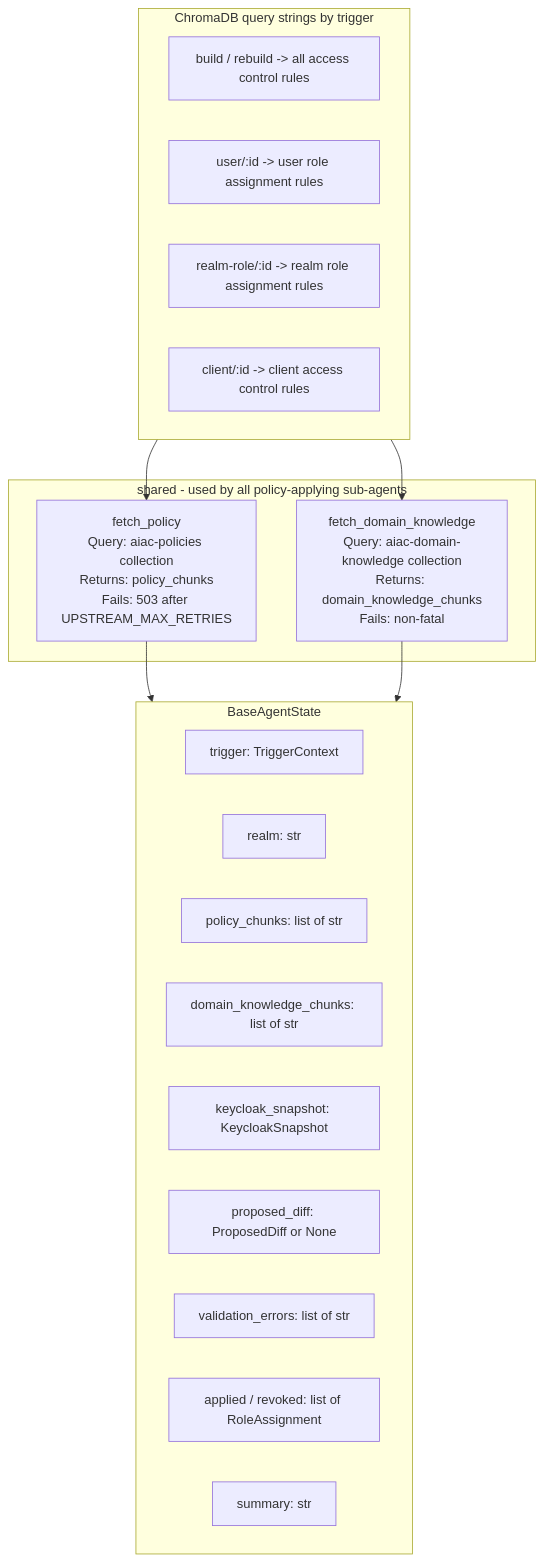
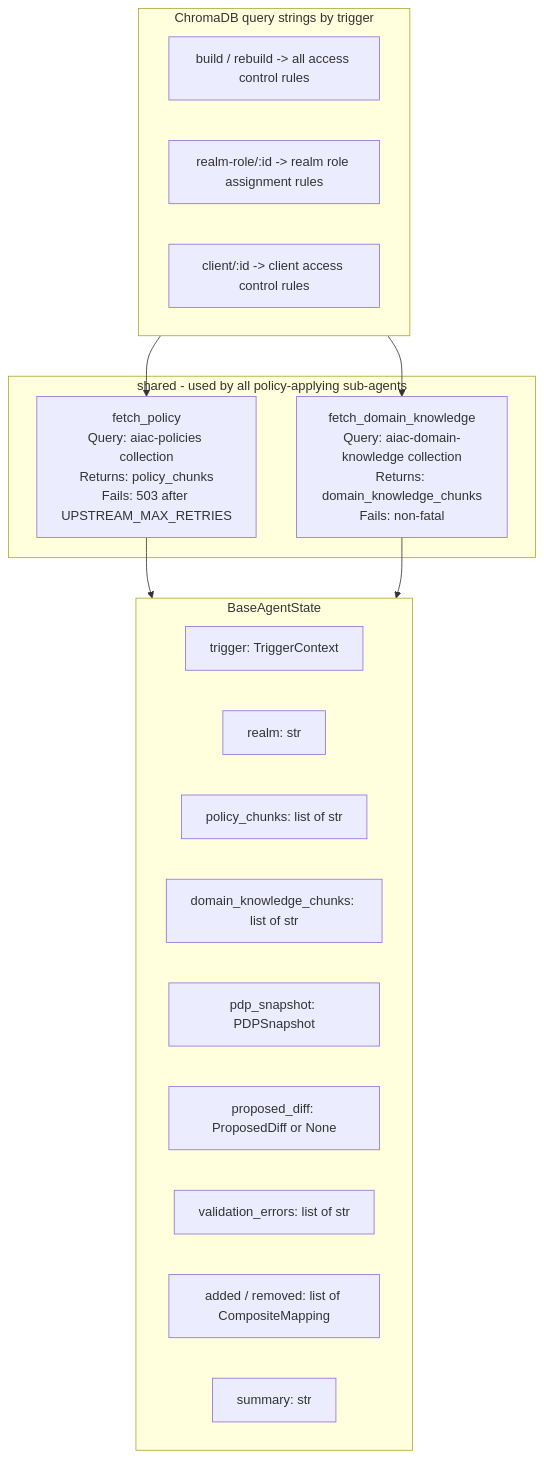
Before and after one commit to rossoctl/aiac: the seventh of 8 diagrams in inception/requirements/components/aiac-agent.md, drawn with Mermaid. The commit also changed other lines of this file and 6 other files, not shown here.

````diff
--- a/inception/requirements/components/aiac-agent.md
+++ b/inception/requirements/components/aiac-agent.md
@@ -325,30 +305,29 @@
 ```mermaid
 flowchart TD
     subgraph SHARED["shared - used by all policy-applying sub-agents"]
         FP["fetch_policy\nQuery: aiac-policies collection\nReturns: policy_chunks\nFails: 503 after UPSTREAM_MAX_RETRIES"]
         FDK["fetch_domain_knowledge\nQuery: aiac-domain-knowledge collection\nReturns: domain_knowledge_chunks\nFails: non-fatal"]
     end
 
     subgraph STATE["BaseAgentState"]
         S1["trigger: TriggerContext"]
         S2["realm: str"]
         S3["policy_chunks: list of str"]
         S4["domain_knowledge_chunks: list of str"]
-        S5["keycloak_snapshot: KeycloakSnapshot"]
+        S5["pdp_snapshot: PDPSnapshot"]
         S6["proposed_diff: ProposedDiff or None"]
         S7["validation_errors: list of str"]
-        S8["applied / revoked: list of RoleAssignment"]
+        S8["added / removed: list of CompositeMapping"]
         S9["summary: str"]
     end
 
     subgraph QUERY_KEYS["ChromaDB query strings by trigger"]
         Q1["build / rebuild -> all access control rules"]
-        Q2["user/:id -> user role assignment rules"]
-        Q3["realm-role/:id -> realm role assignment rules"]
-        Q4["client/:id -> client access control rules"]
+        Q2["realm-role/:id -> realm role assignment rules"]
+        Q3["client/:id -> client access control rules"]
     end
 
     FP & FDK --> STATE
     QUERY_KEYS --> FP
     QUERY_KEYS --> FDK
 ```
````
